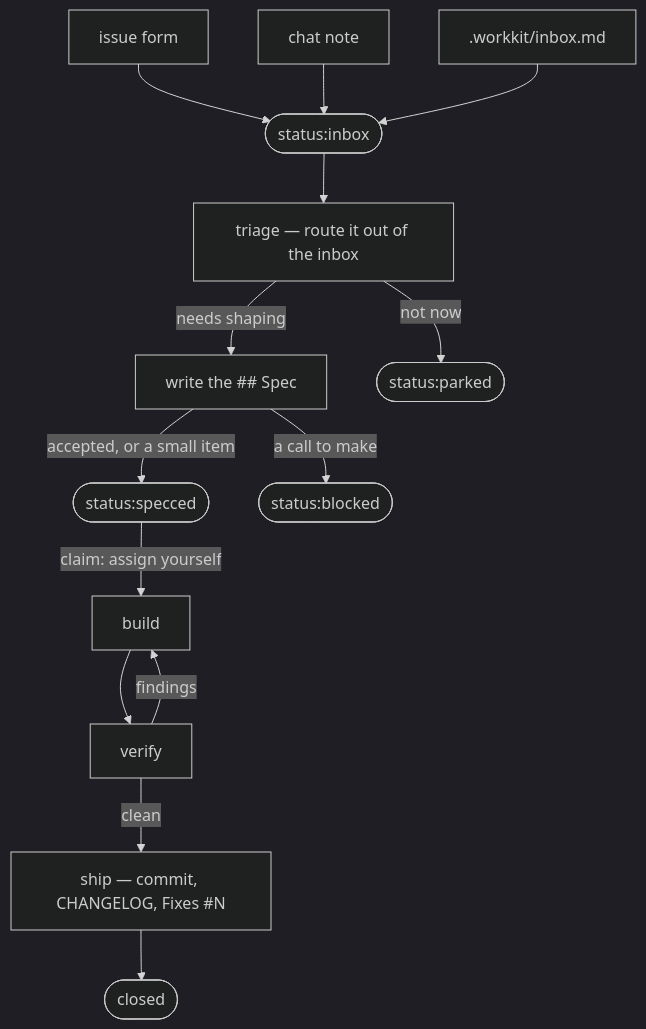
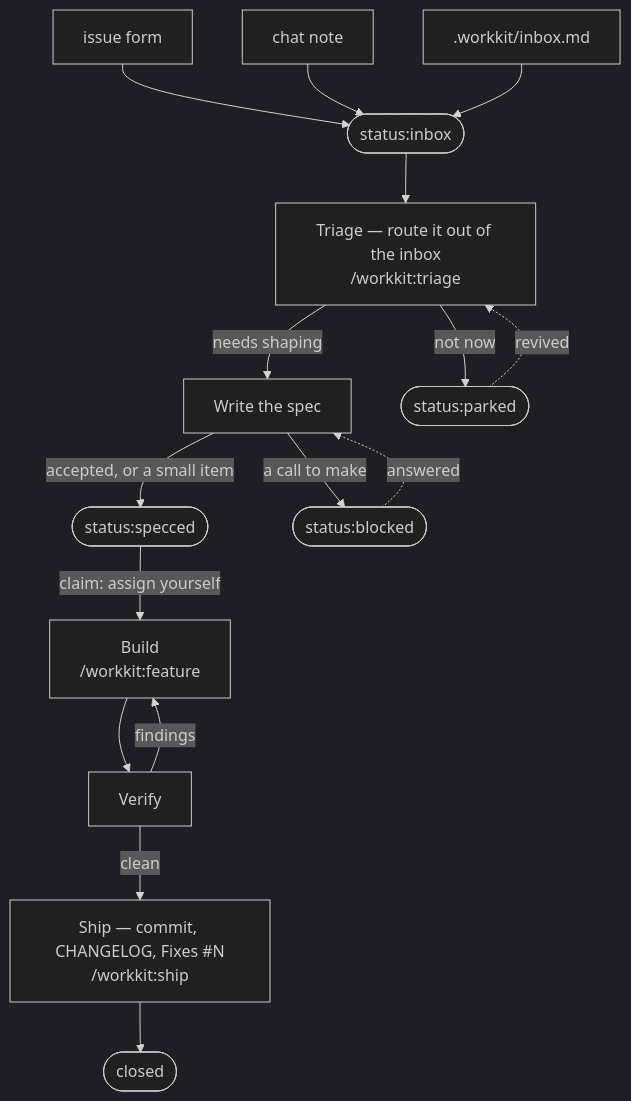
One commit to itw-creative-works/workkit changed the first of 2 diagrams in README.md. Above: the diagram before and after it, drawn with Mermaid (dark theme). The commit also changed other lines of this file, not shown here.

Commit message:
docs(readme): chart polish — dotted returns, commands in boxes, legible crew
The parked and blocked pockets get dotted return edges (revived back to
triage, answered back to the spec box), the action boxes carry their
commands (/workkit:triage, /workkit:feature, /workkit:ship), and each
crew box stacks name, role, and model with effort in parentheses so the
tiers read at a glance. Rendered and inspected: no crossed lines.

````diff
--- a/README.md
+++ b/README.md
@@ -7,16 +7,18 @@
 ```mermaid
 flowchart TB
     Form["issue form"] --> Inbox([status:inbox])
     Note["chat note"] --> Inbox
     File[".workkit/inbox.md"] --> Inbox
-    Inbox --> Triage["triage — route it out of the inbox"]
-    Triage -->|needs shaping| Spec["write the ## Spec"]
+    Inbox --> Triage["Triage — route it out of the inbox<br>/workkit:triage"]
+    Triage -->|needs shaping| Spec["Write the spec"]
     Triage -->|not now| Parked([status:parked])
+    Parked -.->|revived| Triage
     Spec -->|accepted, or a small item| Specced([status:specced])
     Spec -->|a call to make| Blocked([status:blocked])
-    Specced -->|claim: assign yourself| Build["build"]
-    Build --> Verify["verify"]
+    Blocked -.->|answered| Spec
+    Specced -->|claim: assign yourself| Build["Build<br>/workkit:feature"]
+    Build --> Verify["Verify"]
     Verify -->|findings| Build
-    Verify -->|clean| Ship["ship — commit, CHANGELOG, Fixes #N"]
+    Verify -->|clean| Ship["Ship — commit, CHANGELOG, Fixes #N<br>/workkit:ship"]
     Ship --> Closed([closed])
 ```
````
